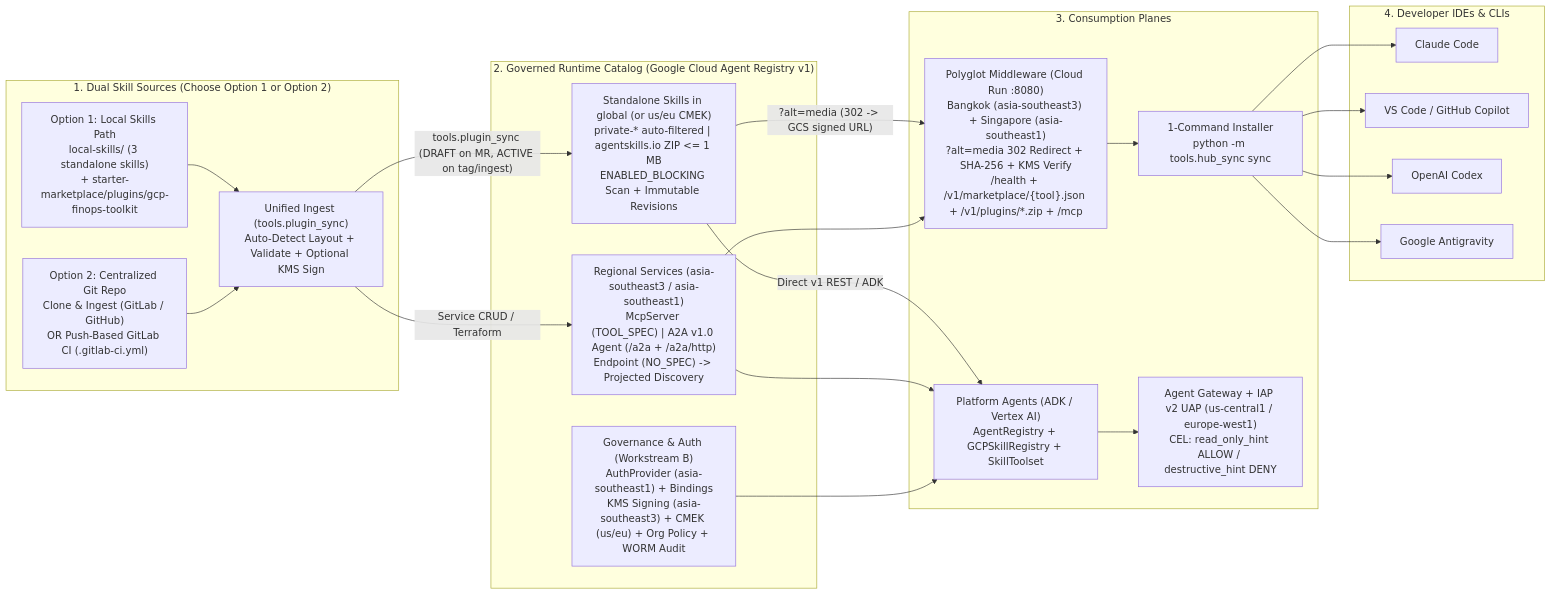
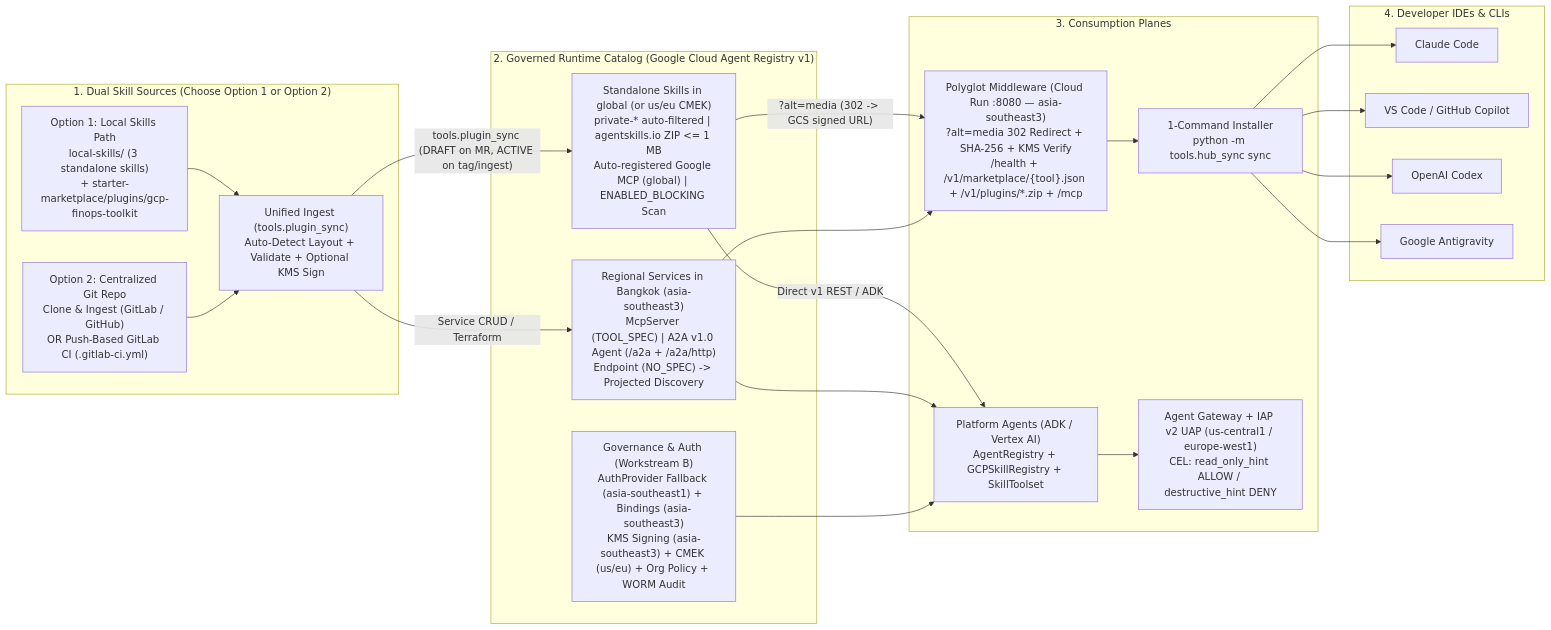
Before and after one commit to jiratouchmhp/agent-registry-marketplace-workshop: the diagram in README.md, drawn with Mermaid. The commit also changed other lines of this file and 56 other files, not shown here.

Commit message:
Simplify to single-region Bangkok (asia-southeast3) primary with Singapore (asia-southeast1) only as service-specific fallback

````diff
--- a/README.md
+++ b/README.md
@@ -33,41 +33,41 @@
 ```mermaid
 flowchart LR
     subgraph Authoring["1. Dual Skill Sources (Choose Option 1 or Option 2)"]
         OPT1["Option 1: Local Skills Path<br/>local-skills/ (3 standalone skills)<br/>+ starter-marketplace/plugins/gcp-finops-toolkit"]
         OPT2["Option 2: Centralized Git Repo<br/>Clone & Ingest (GitLab / GitHub)<br/>OR Push-Based GitLab CI (.gitlab-ci.yml)"]
         ING["Unified Ingest (tools.plugin_sync)<br/>Auto-Detect Layout + Validate + Optional KMS Sign"]
         OPT1 --> ING
         OPT2 --> ING
     end
 
     subgraph Registry["2. Governed Runtime Catalog (Google Cloud Agent Registry v1)"]
-        SK["Standalone Skills in global (or us/eu CMEK)<br/>private-* auto-filtered | agentskills.io ZIP <= 1 MB<br/>ENABLED_BLOCKING Scan + Immutable Revisions"]
-        SV["Regional Services (asia-southeast3 / asia-southeast1)<br/>McpServer (TOOL_SPEC) | A2A v1.0 Agent (/a2a + /a2a/http)<br/>Endpoint (NO_SPEC) -> Projected Discovery"]
-        BD["Governance & Auth (Workstream B)<br/>AuthProvider (asia-southeast1) + Bindings<br/>KMS Signing (asia-southeast3) + CMEK (us/eu) + Org Policy + WORM Audit"]
+        SK["Standalone Skills in global (or us/eu CMEK)<br/>private-* auto-filtered | agentskills.io ZIP <= 1 MB<br/>Auto-registered Google MCP (global) | ENABLED_BLOCKING Scan"]
+        SV["Regional Services in Bangkok (asia-southeast3)<br/>McpServer (TOOL_SPEC) | A2A v1.0 Agent (/a2a + /a2a/http)<br/>Endpoint (NO_SPEC) -> Projected Discovery"]
+        BD["Governance & Auth (Workstream B)<br/>AuthProvider Fallback (asia-southeast1) + Bindings (asia-southeast3)<br/>KMS Signing (asia-southeast3) + CMEK (us/eu) + Org Policy + WORM Audit"]
     end
 
     subgraph Egress["3. Consumption Planes"]
-        MW["Polyglot Middleware (Cloud Run :8080)<br/>Bangkok (asia-southeast3) + Singapore (asia-southeast1)<br/>?alt=media 302 Redirect + SHA-256 + KMS Verify<br/>/health + /v1/marketplace/{tool}.json + /v1/plugins/*.zip + /mcp"]
+        MW["Polyglot Middleware (Cloud Run :8080 — asia-southeast3)<br/>?alt=media 302 Redirect + SHA-256 + KMS Verify<br/>/health + /v1/marketplace/{tool}.json + /v1/plugins/*.zip + /mcp"]
         HS["1-Command Installer<br/>python -m tools.hub_sync sync"]
         ADK["Platform Agents (ADK / Vertex AI)<br/>AgentRegistry + GCPSkillRegistry + SkillToolset"]
         GW["Agent Gateway + IAP v2 UAP (us-central1 / europe-west1)<br/>CEL: read_only_hint ALLOW / destructive_hint DENY"]
     end
 
     subgraph IDEs["4. Developer IDEs & CLIs"]
         CC["Claude Code"]
         CP["VS Code / GitHub Copilot"]
         CX["OpenAI Codex"]
         AG["Google Antigravity"]
     end
 
     ING -->|"tools.plugin_sync (DRAFT on MR, ACTIVE on tag/ingest)"| SK
     ING -->|"Service CRUD / Terraform"| SV
     SK -->|"?alt=media (302 -> GCS signed URL)"| MW
     SV --> MW
     MW --> HS
     HS --> CC & CP & CX & AG
     SK -->|"Direct v1 REST / ADK"| ADK
     SV --> ADK
     BD --> ADK
     ADK --> GW
 ```
````
